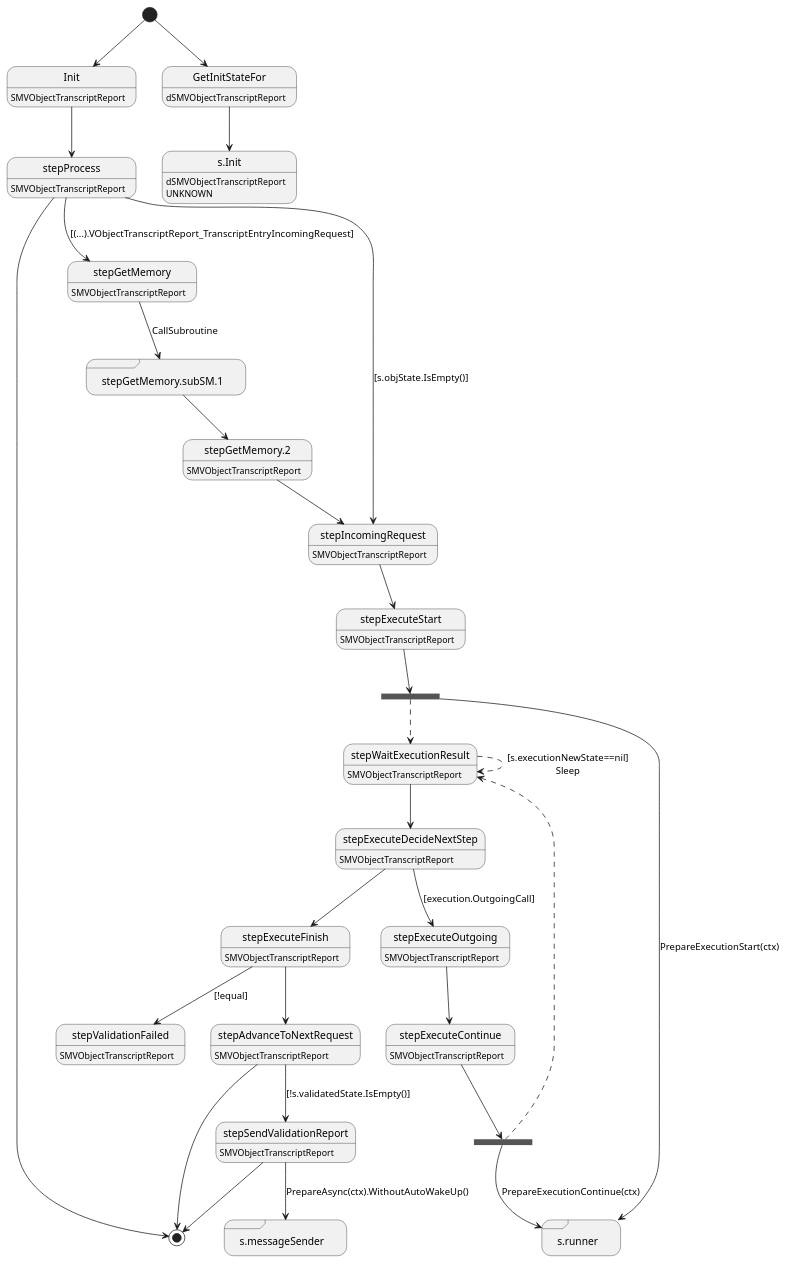
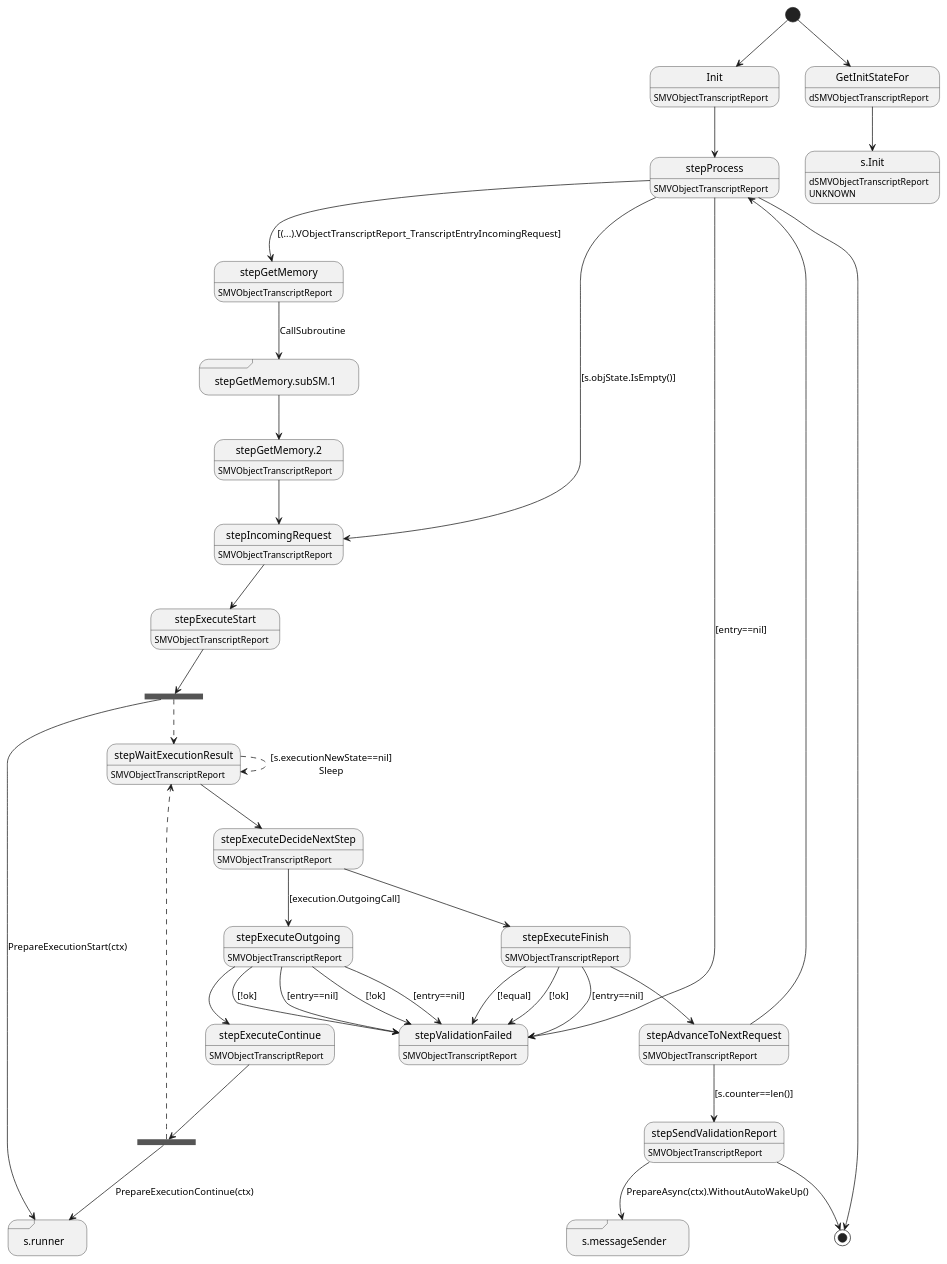
The diagram in ledger-core/virtual/handlers/vobjecttranscriptreport.plantuml (insolar/assured-ledger), drawn with PlantUML before and after one commit. The commit also changed 2 other files, not shown here.

```diff
--- a/ledger-core/virtual/handlers/vobjecttranscriptreport.plantuml
+++ b/ledger-core/virtual/handlers/vobjecttranscriptreport.plantuml
@@ -1,69 +1,76 @@
 @startuml
 state "Init" as T01_S001
 T01_S001 : SMVObjectTranscriptReport
 [*] --> T01_S001
 T01_S001 --> T01_S002
 state "s.messageSender" as T01_S017 <<sdlreceive>>
 state "s.runner" as T01_S008 <<sdlreceive>>
 T01_S008 : DUPLICATE
 state "stepAdvanceToNextRequest" as T01_S015
 T01_S015 : SMVObjectTranscriptReport
-T01_S015 --> T01_S016 : [!s.validatedState.IsEmpty()]
-T01_S015 --> [*]
-state "stepExecuteContinue" as T01_S009
-T01_S009 : SMVObjectTranscriptReport
+T01_S015 --> T01_S016 : [s.counter==len()]
+T01_S015 --> T01_S002
+state "stepExecuteContinue" as T01_S012
+T01_S012 : SMVObjectTranscriptReport
 state T01_U001 <<fork>>
-T01_S009 --> T01_U001
+T01_S012 --> T01_U001
 T01_U001 --> T01_S008 : PrepareExecutionContinue(ctx)
-T01_U001 --[dashed]> T01_S010
-state "stepExecuteDecideNextStep" as T01_S011
-T01_S011 : SMVObjectTranscriptReport
-T01_S011 --> T01_S012 : [execution.OutgoingCall]
-T01_S011 --> T01_S013
+T01_U001 --[dashed]> T01_S009
+state "stepExecuteDecideNextStep" as T01_S010
+T01_S010 : SMVObjectTranscriptReport
+T01_S010 --> T01_S011 : [execution.OutgoingCall]
+T01_S010 --> T01_S013
 state "stepExecuteFinish" as T01_S013
 T01_S013 : SMVObjectTranscriptReport
+T01_S013 --> T01_S014 : [entry==nil]
+T01_S013 --> T01_S014 : [!ok]
 T01_S013 --> T01_S014 : [!equal]
 T01_S013 --> T01_S015
-state "stepExecuteOutgoing" as T01_S012
-T01_S012 : SMVObjectTranscriptReport
-T01_S012 --> T01_S009
+state "stepExecuteOutgoing" as T01_S011
+T01_S011 : SMVObjectTranscriptReport
+T01_S011 --> T01_S014 : [entry==nil]
+T01_S011 --> T01_S014 : [!ok]
+T01_S011 --> T01_S014 : [entry==nil]
+T01_S011 --> T01_S014 : [!ok]
+T01_S011 --> T01_S012
 state "stepExecuteStart" as T01_S007
 T01_S007 : SMVObjectTranscriptReport
 state T01_U002 <<fork>>
 T01_S007 --> T01_U002
 T01_U002 --> T01_S008 : PrepareExecutionStart(ctx)
-T01_U002 --[dashed]> T01_S010
+T01_U002 --[dashed]> T01_S009
 state "stepGetMemory" as T01_S003
 T01_S003 : SMVObjectTranscriptReport
 T01_S003 --> T01_S004 : CallSubroutine
 state "stepGetMemory.2" as T01_S005
 T01_S005 : SMVObjectTranscriptReport
 T01_S005 --> T01_S006
 state "stepGetMemory.subSM.1" as T01_S004 <<sdlreceive>>
 T01_S004 --> T01_S005
 state "stepIncomingRequest" as T01_S006
 T01_S006 : SMVObjectTranscriptReport
 T01_S006 --> T01_S007
 state "stepProcess" as T01_S002
 T01_S002 : SMVObjectTranscriptReport
+T01_S002 --> T01_S014 : [entry==nil]
 T01_S002 --> T01_S006 : [s.objState.IsEmpty()]
 T01_S002 --> T01_S003 : [(...).VObjectTranscriptReport_TranscriptEntryIncomingRequest]
 T01_S002 --> [*]
 state "stepSendValidationReport" as T01_S016
 T01_S016 : SMVObjectTranscriptReport
 T01_S016 --> T01_S017 : PrepareAsync(ctx).WithoutAutoWakeUp()
 T01_S016 --> [*]
 state "stepValidationFailed" as T01_S014
 T01_S014 : SMVObjectTranscriptReport
-state "stepWaitExecutionResult" as T01_S010
-T01_S010 : SMVObjectTranscriptReport
-T01_S010 --[dashed]> T01_S010 : [s.executionNewState==nil]\nSleep
-T01_S010 --> T01_S011
+state "stepWaitExecutionResult" as T01_S009
+T01_S009 : SMVObjectTranscriptReport
+T01_S009 --[dashed]> T01_S009 : [s.executionNewState==nil]\nSleep
+T01_S009 --> T01_S010
 state "GetInitStateFor" as T00_S001
 T00_S001 : dSMVObjectTranscriptReport
 [*] --> T00_S001
 state "s.Init" as T00_U003
 T00_U003 : dSMVObjectTranscriptReport
 T00_U003 : UNKNOWN 
 T00_S001 --> T00_U003
 @enduml
```
